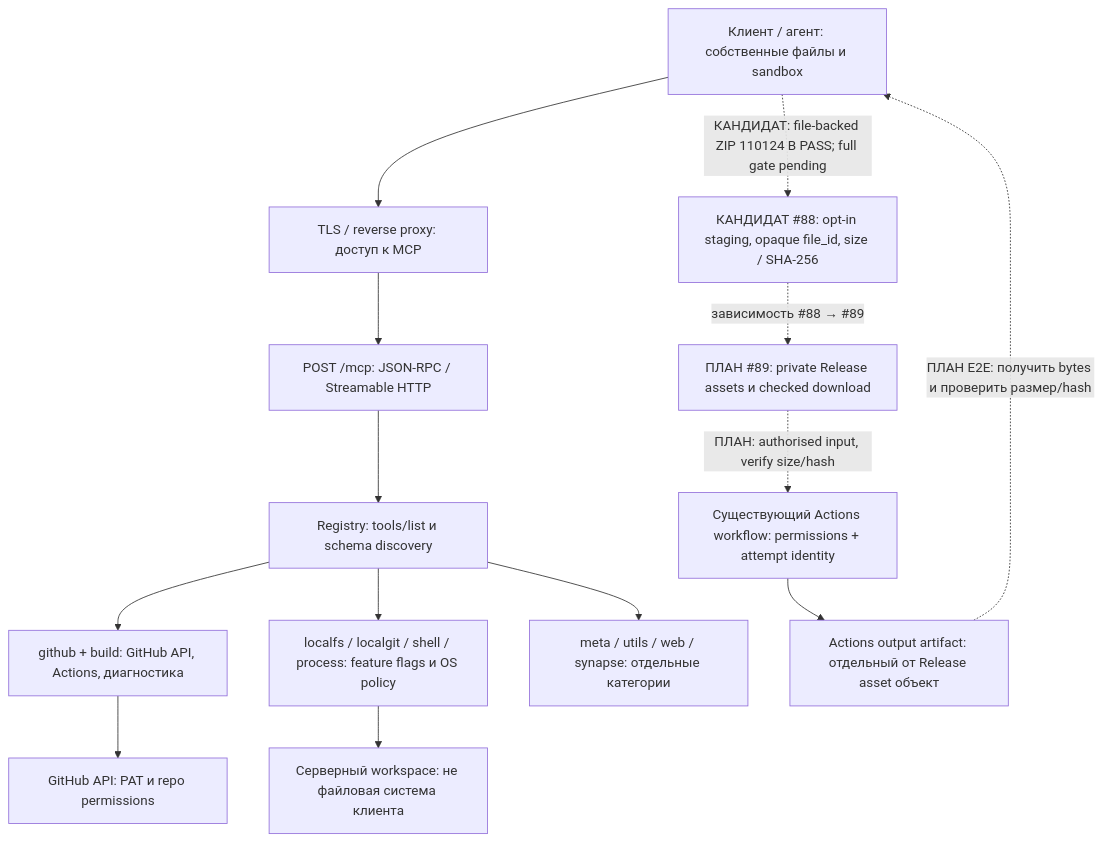
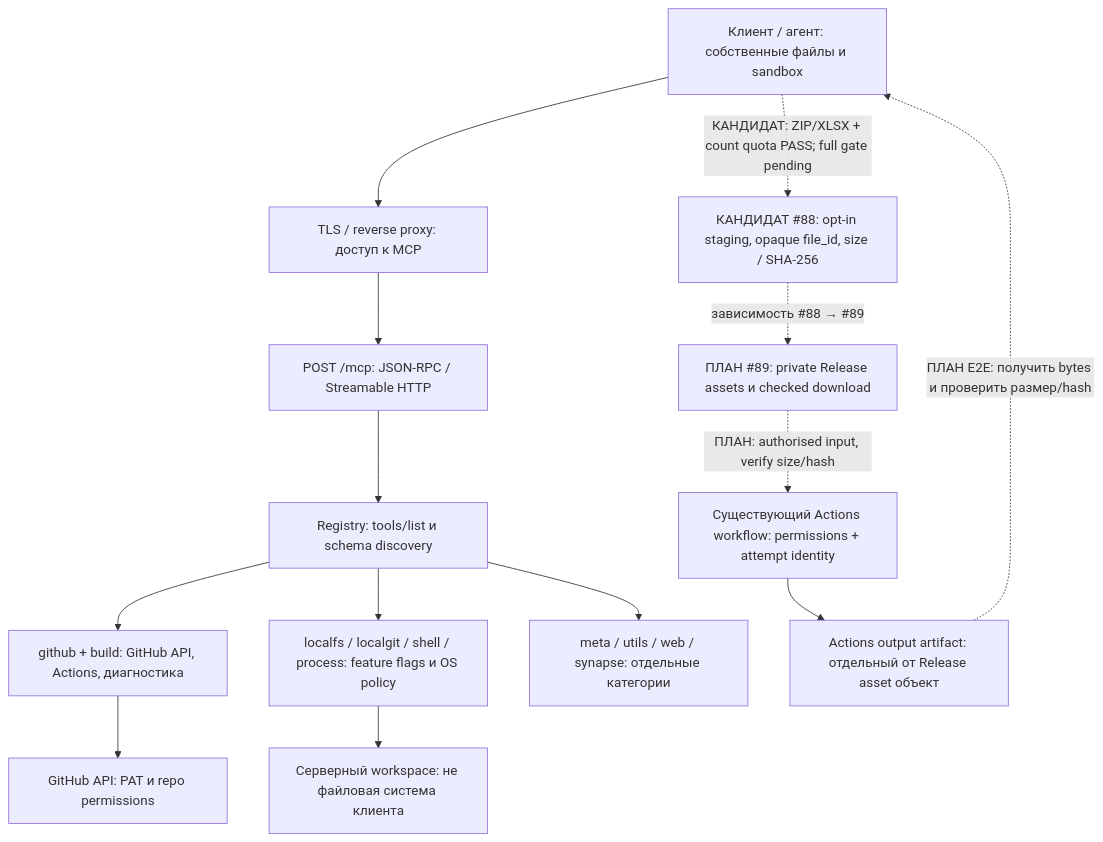
Before and after one commit to LeonidYasin/mcp-server: the diagram in docs/project-map.md, drawn with Mermaid. The commit also changed other lines of this file and 8 other files, not shown here.

Commit message:
docs: record deployed XLSX and count-quota gates with acceptance matrix

````diff
--- a/docs/project-map.md
+++ b/docs/project-map.md
@@ -7,25 +9,25 @@
 ```mermaid
 flowchart TD
     Client["Клиент / агент: собственные файлы и sandbox"]
     Proxy["TLS / reverse proxy: доступ к MCP"]
     Transport["POST /mcp: JSON-RPC / Streamable HTTP"]
     Registry["Registry: tools/list и schema discovery"]
     Github["github + build: GitHub API, Actions, диагностика"]
     Local["localfs / localgit / shell / process: feature flags и OS policy"]
     Other["meta / utils / web / synapse: отдельные категории"]
     API["GitHub API: PAT и repo permissions"]
     Workspace["Серверный workspace: не файловая система клиента"]
     Stage["КАНДИДАТ #88: opt-in staging, opaque file_id, size / SHA-256"]
     Assets["ПЛАН #89: private Release assets и checked download"]
     Actions["Существующий Actions workflow: permissions + attempt identity"]
     Output["Actions output artifact: отдельный от Release asset объект"]
     Client --> Proxy --> Transport --> Registry
     Registry --> Github --> API
     Registry --> Local --> Workspace
     Registry --> Other
-    Client -. "КАНДИДАТ: file-backed ZIP 110124 B PASS; full gate pending" .-> Stage
+    Client -. "КАНДИДАТ: ZIP/XLSX + count quota PASS; full gate pending" .-> Stage
     Stage -. "зависимость #88 → #89" .-> Assets
     Assets -. "ПЛАН: authorised input, verify size/hash" .-> Actions
     Actions --> Output
     Output -. "ПЛАН E2E: получить bytes и проверить размер/hash" .-> Client
 ```
````
